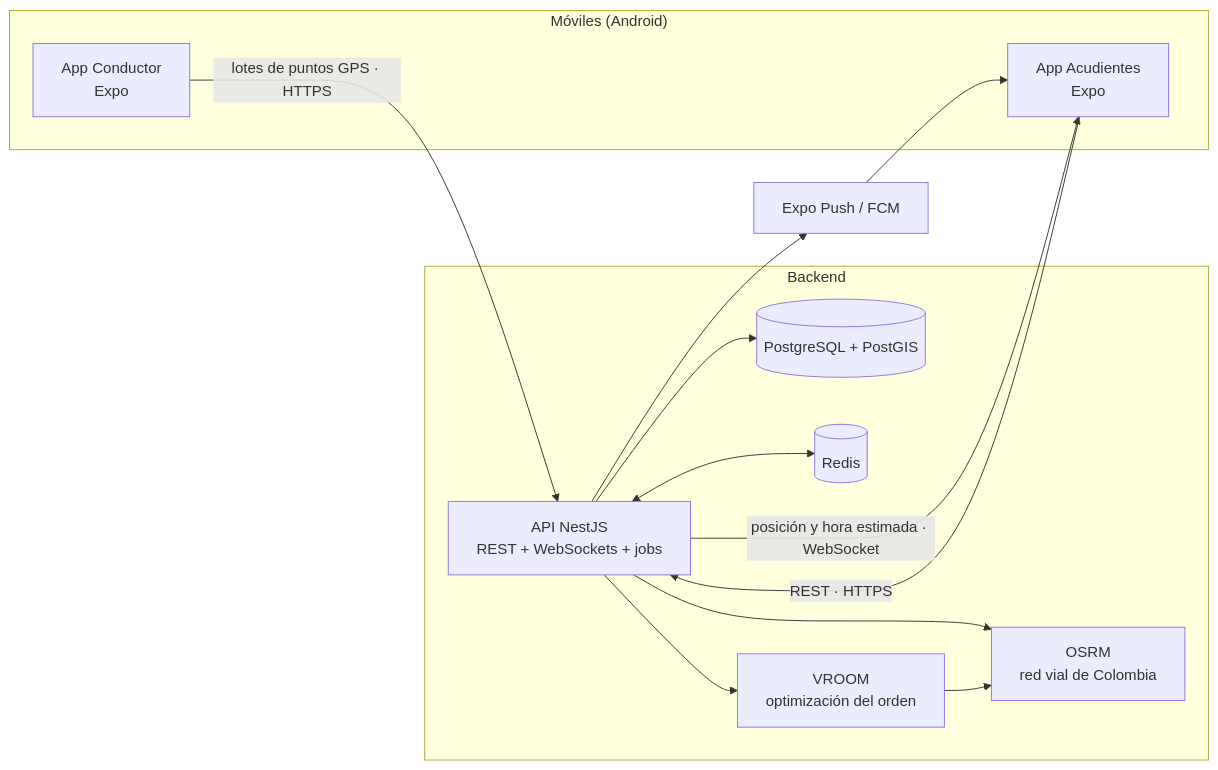
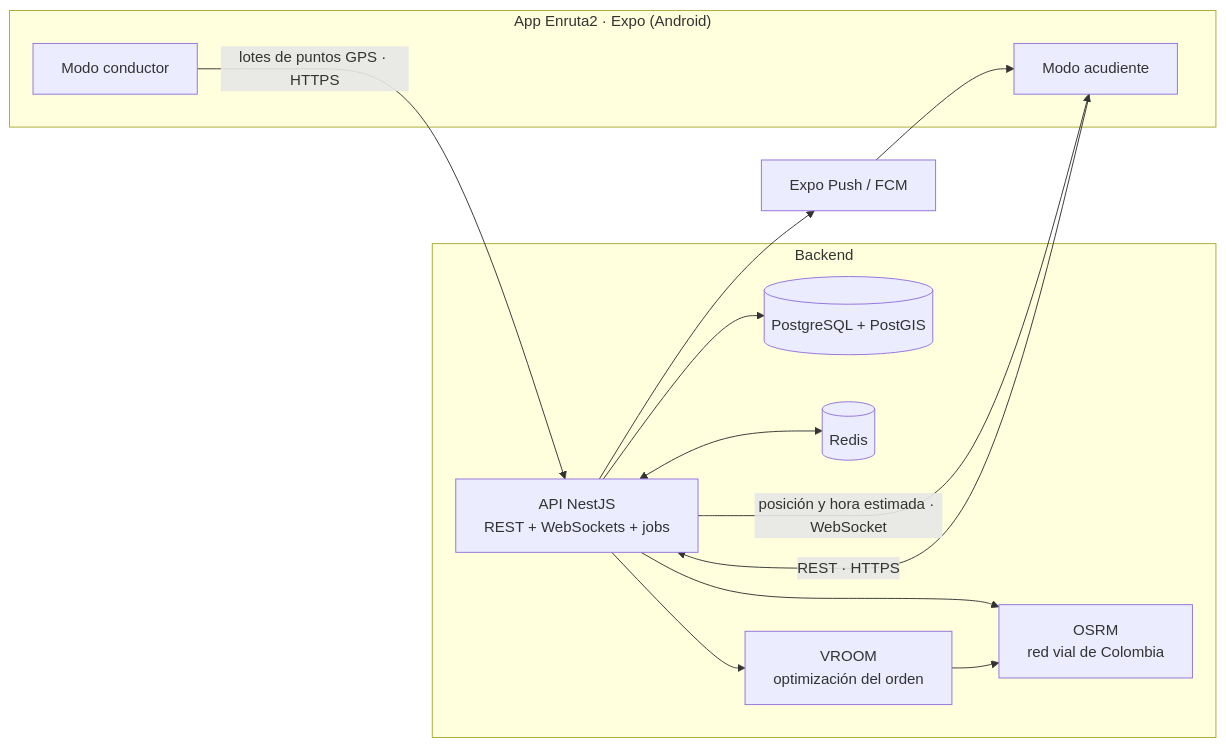
One commit to TomasPosada0626/Enruta2 changed the diagram in README.md. Above: the diagram before and after it, drawn with Mermaid. The commit also changed other lines of this file and 6 other files, not shown here.

````diff
--- a/README.md
+++ b/README.md
@@ -34,28 +36,28 @@
 ```mermaid
 flowchart LR
-  subgraph Moviles["Móviles (Android)"]
-    D["App Conductor<br/>Expo"]
-    G["App Acudientes<br/>Expo"]
+  subgraph Moviles["App Enruta2 · Expo (Android)"]
+    D["Modo conductor"]
+    G["Modo acudiente"]
   end
 
   subgraph Backend
     API["API NestJS<br/>REST + WebSockets + jobs"]
     PG[("PostgreSQL + PostGIS")]
     R[("Redis")]
     OSRM["OSRM<br/>red vial de Colombia"]
     V["VROOM<br/>optimización del orden"]
   end
 
   PUSH["Expo Push / FCM"]
 
   D -->|"lotes de puntos GPS · HTTPS"| API
   G -->|"REST · HTTPS"| API
   API -->|"posición y hora estimada · WebSocket"| G
   API --> PG
   API <--> R
   API --> OSRM
   API --> V
   V --> OSRM
   API --> PUSH
   PUSH --> G
 ```
````
